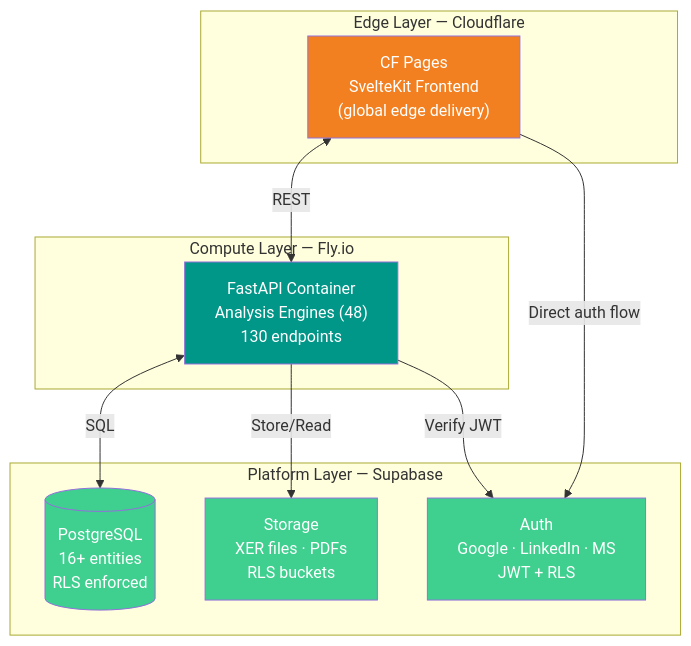
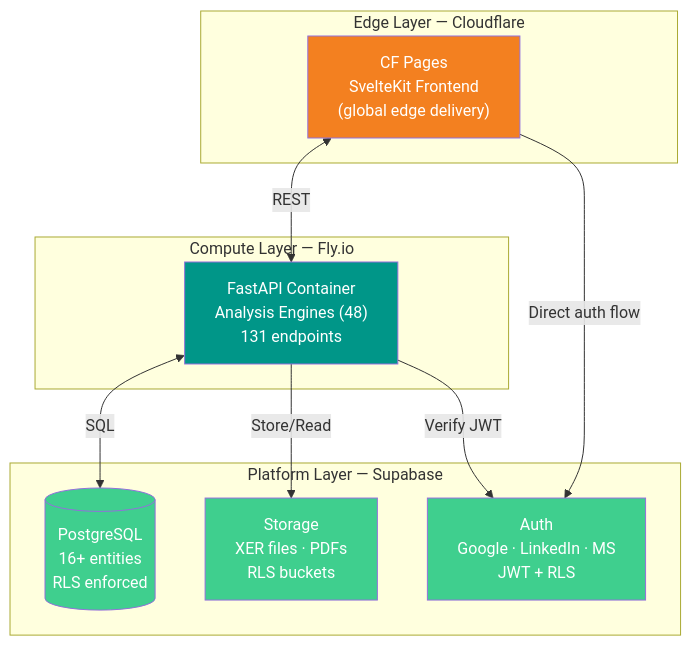
Before and after one commit to VitorMRodovalho/meridianiq: the first of 2 diagrams in README.md, drawn with Mermaid. The commit also changed other lines of this file and 7 other files, not shown here.

````diff
--- a/README.md
+++ b/README.md
@@ -116,28 +116,28 @@
 ```mermaid
 graph TB
     subgraph "Edge Layer — Cloudflare"
         CF_PAGES["CF Pages<br/>SvelteKit Frontend<br/>(global edge delivery)"]
     end
 
     subgraph "Compute Layer — Fly.io"
-        FASTAPI["FastAPI Container<br/>Analysis Engines (48)<br/>130 endpoints"]
+        FASTAPI["FastAPI Container<br/>Analysis Engines (48)<br/>131 endpoints"]
     end
 
     subgraph "Platform Layer — Supabase"
         AUTH["Auth<br/>Google · LinkedIn · MS<br/>JWT + RLS"]
         DB[("PostgreSQL<br/>16+ entities<br/>RLS enforced")]
         STORAGE["Storage<br/>XER files · PDFs<br/>RLS buckets"]
     end
 
     CF_PAGES <-->|"REST"| FASTAPI
     FASTAPI <-->|"SQL"| DB
     FASTAPI -->|"Store/Read"| STORAGE
     FASTAPI -->|"Verify JWT"| AUTH
     CF_PAGES -->|"Direct auth flow"| AUTH
 
     style CF_PAGES fill:#F38020,color:#fff
     style FASTAPI fill:#009688,color:#fff
     style DB fill:#3FCF8E,color:#fff
     style AUTH fill:#3FCF8E,color:#fff
     style STORAGE fill:#3FCF8E,color:#fff
 ```
````
